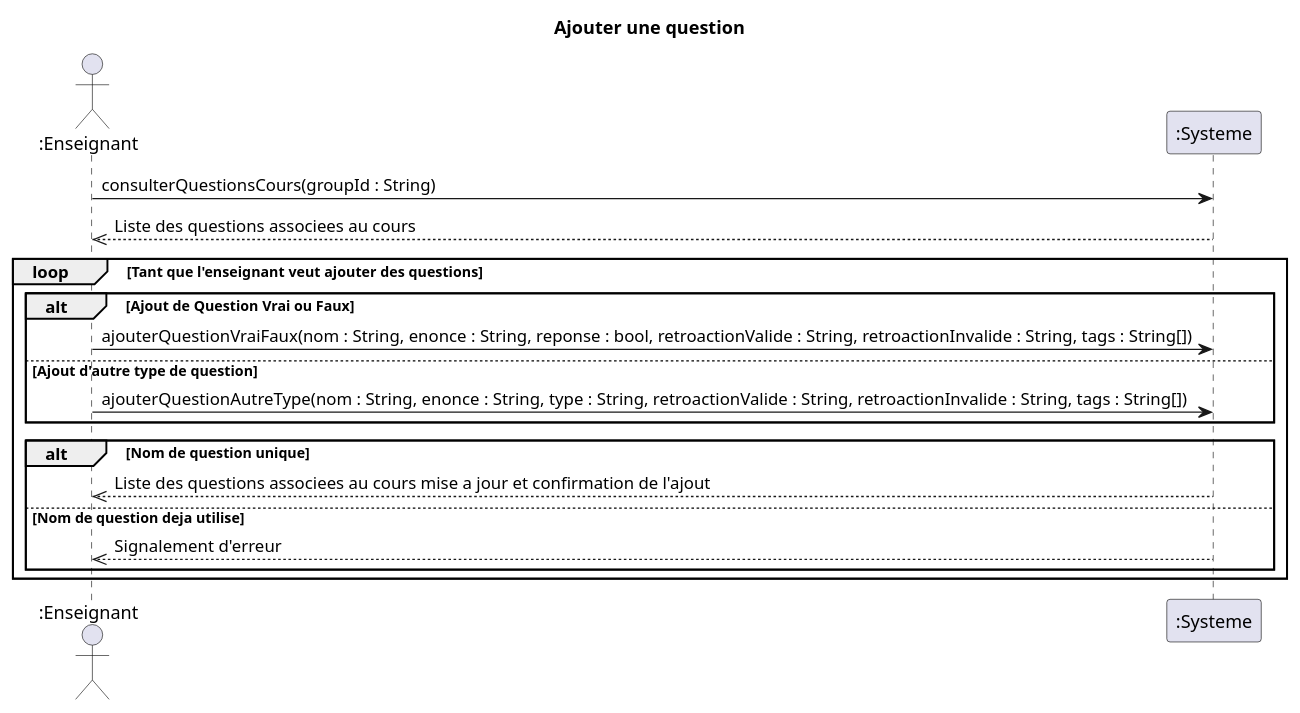
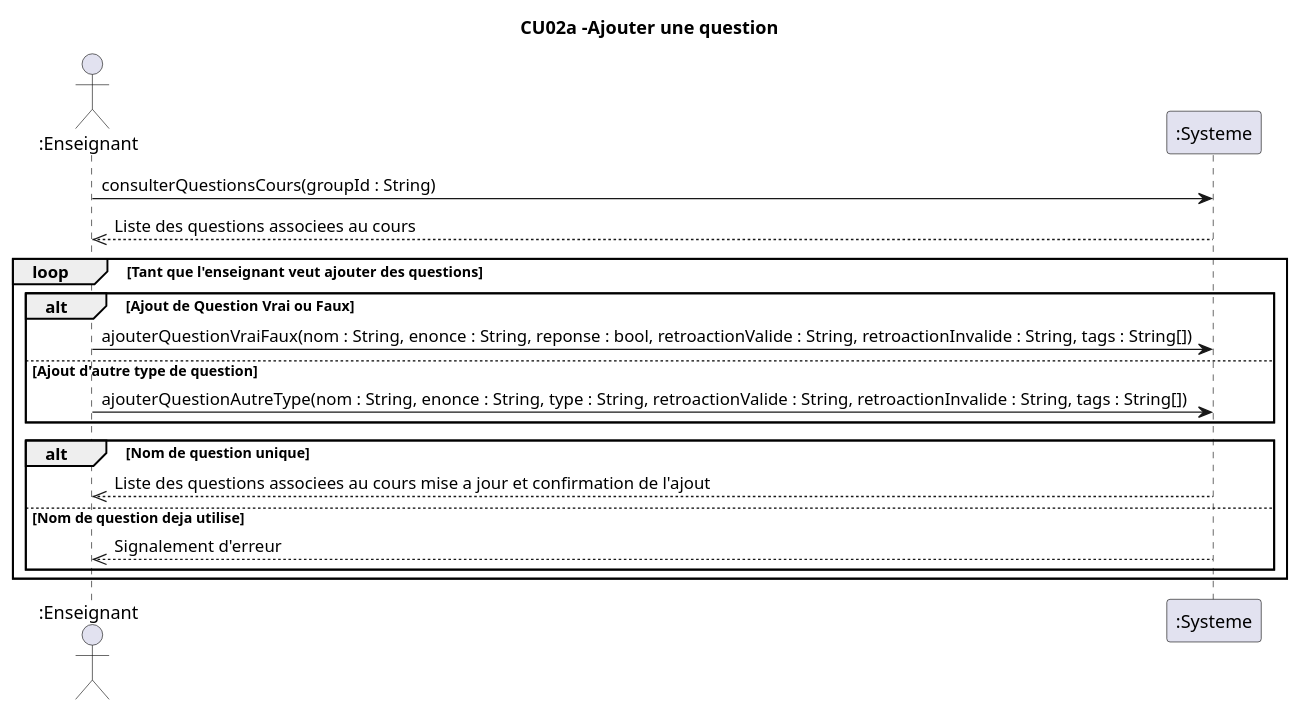
Before and after one commit to xMrYahya/moodle-clone: the diagram in docs/modeles/cu02/dss-ajouter-question.puml, drawn with PlantUML. The commit also changed 10 other files, not shown here.

```diff
--- a/docs/modeles/cu02/dss-ajouter-question.puml
+++ b/docs/modeles/cu02/dss-ajouter-question.puml
@@ -1,22 +1,22 @@
 @startuml
-title Ajouter une question
+title CU02a -Ajouter une question
 actor ":Enseignant" as e
 participant ":Systeme" as s
 ' Ajout des Pre conditions ici si nécessaire
 e->s : consulterQuestionsCours(groupId : String)
 s-->>e : Liste des questions associees au cours
 loop Tant que l'enseignant veut ajouter des questions
 alt Ajout de Question Vrai ou Faux
 e->s : ajouterQuestionVraiFaux(nom : String, enonce : String, reponse : bool, retroactionValide : String, retroactionInvalide : String, tags : String[])
 else Ajout d'autre type de question
  e->s : ajouterQuestionAutreType(nom : String, enonce : String, type : String, retroactionValide : String, retroactionInvalide : String, tags : String[])
 end alt
 
 alt Nom de question unique
     s-->>e : Liste des questions associees au cours mise a jour et confirmation de l'ajout
 else Nom de question deja utilise
     s-->>e : Signalement d'erreur
 end alt
 end loop
 
 @enduml
```
